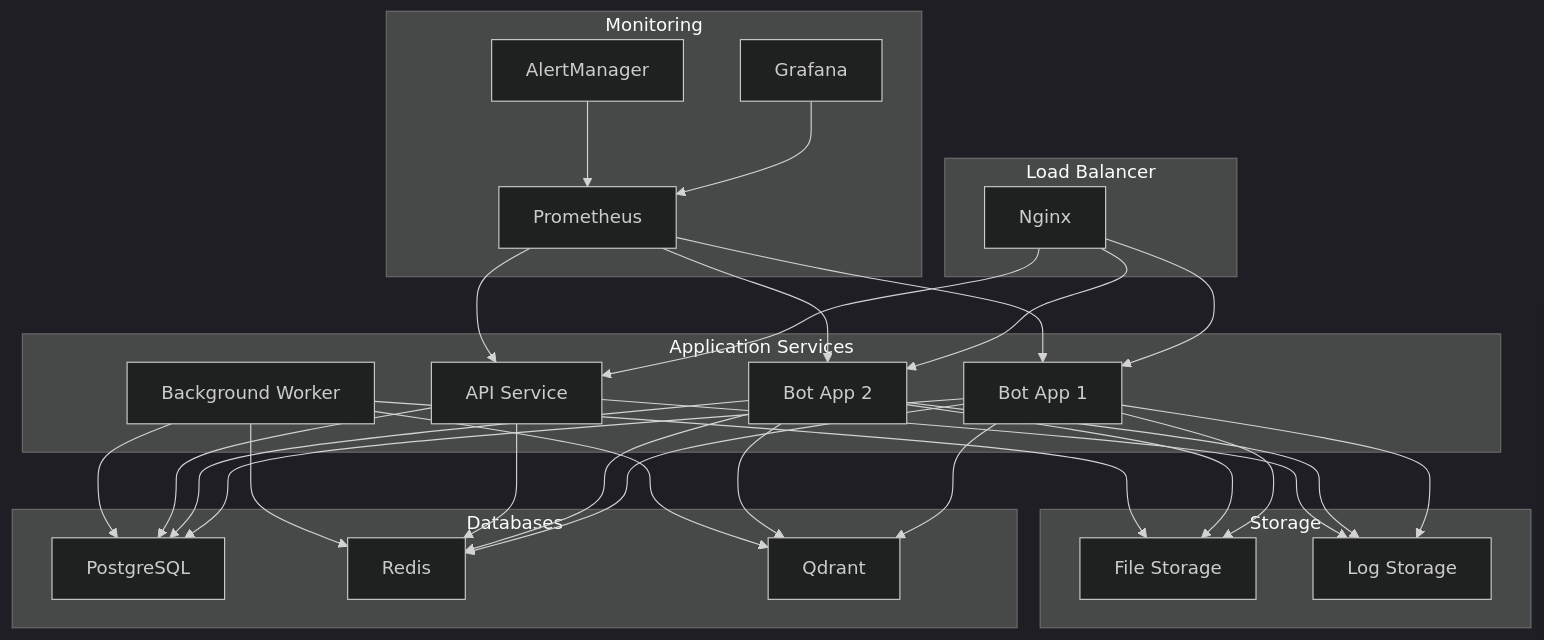
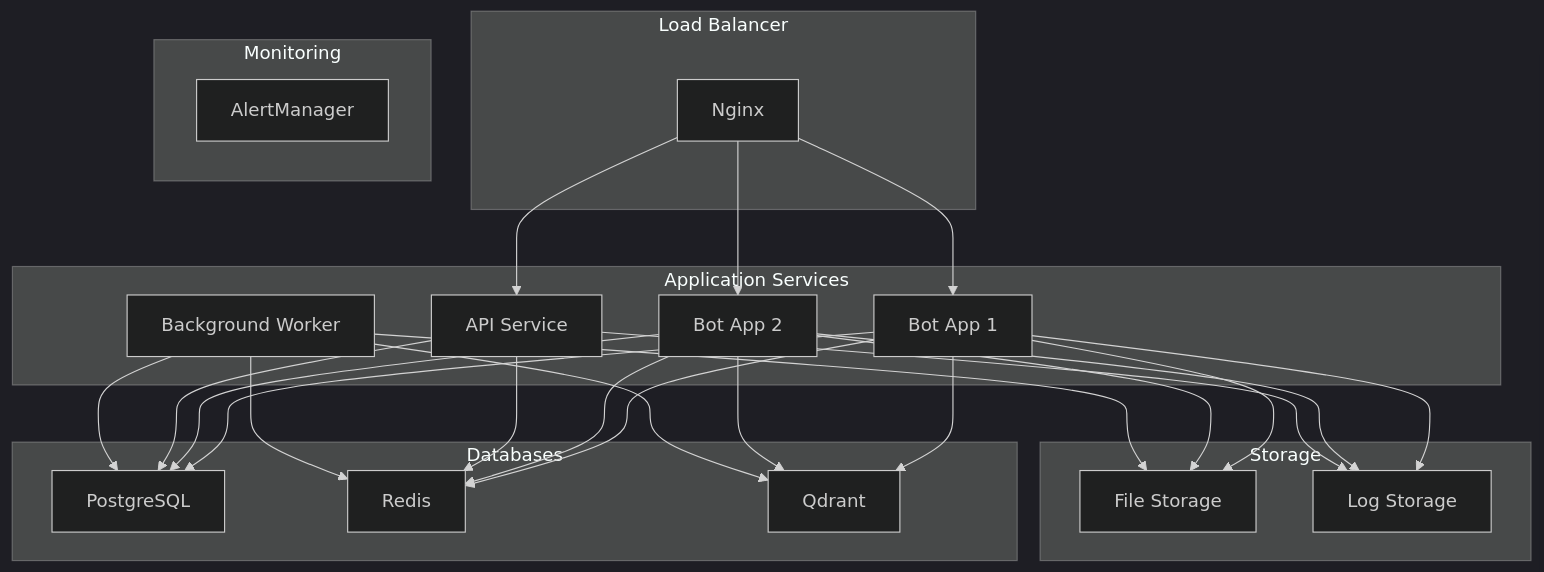
Before and after one commit to BYevYX/ai_onboarding_bot: the diagram in docs/docker_configuration.md, drawn with Mermaid (dark theme). The commit also changed other lines of this file and 36 other files, not shown here.

````diff
--- a/docs/docker_configuration.md
+++ b/docs/docker_configuration.md
@@ -9,64 +9,56 @@
 ```mermaid
 graph TB
     subgraph "Load Balancer"
         NGINX[Nginx]
     end
     
     subgraph "Application Services"
         APP1[Bot App 1]
         APP2[Bot App 2]
         API[API Service]
         WORKER[Background Worker]
     end
     
     subgraph "Databases"
         PG[PostgreSQL]
         REDIS[Redis]
         QDRANT[Qdrant]
     end
     
     subgraph "Monitoring"
-        PROM[Prometheus]
-        GRAF[Grafana]
         ALERT[AlertManager]
     end
     
     subgraph "Storage"
         FILES[File Storage]
         LOGS[Log Storage]
     end
     
     NGINX --> APP1
     NGINX --> APP2
     NGINX --> API
     
     APP1 --> PG
     APP1 --> REDIS
     APP1 --> QDRANT
     
     APP2 --> PG
     APP2 --> REDIS
     APP2 --> QDRANT
     
     API --> PG
     API --> REDIS
     
     WORKER --> PG
     WORKER --> REDIS
     WORKER --> QDRANT
     
-    PROM --> APP1
-    PROM --> APP2
-    PROM --> API
-    
-    GRAF --> PROM
-    ALERT --> PROM
     
     APP1 --> FILES
     APP2 --> FILES
     WORKER --> FILES
     
     APP1 --> LOGS
     APP2 --> LOGS
     API --> LOGS
 ```
````
